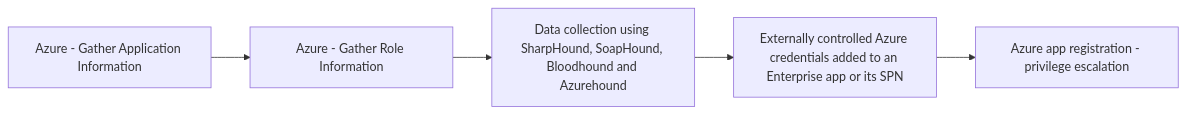
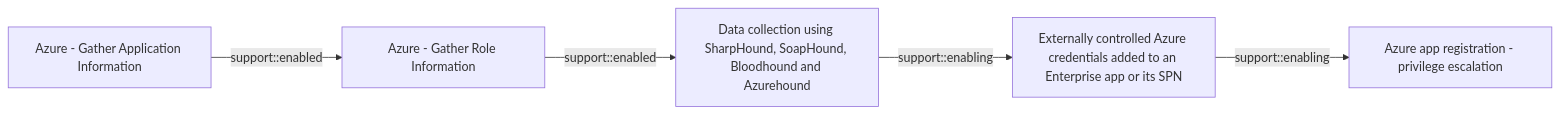
Before and after one commit to opentidehq/library: the diagram in docs/threats/azure-gather-application-information.md, drawn with Mermaid. The commit also changed other lines of this file and 277 other files, not shown here.

````diff
--- a/docs/threats/azure-gather-application-information.md
+++ b/docs/threats/azure-gather-application-information.md
@@ -81,12 +122,12 @@
 ```mermaid
 flowchart LR
 fe6827f2_efb4_43b3_9ca3_b7d417111b32["Azure - Gather Application Information"]
 140907eb_c9fb_4330_9d71_656422388b2b["Azure - Gather Role Information"]
 53063205_4404_4e6d_a2f5_d566c6085d96["Data collection using SharpHound, SoapHound, Bloodhound and Azurehound"]
 ca2751c7_8641_4fb0_a90b_30c5987015dc["Externally controlled Azure credentials added to an Enterprise app or its SPN"]
 c7e260d8_d391_41eb_be1a_7f276c99b383["Azure app registration - privilege escalation"]
-fe6827f2_efb4_43b3_9ca3_b7d417111b32 --> 140907eb_c9fb_4330_9d71_656422388b2b
-140907eb_c9fb_4330_9d71_656422388b2b --> 53063205_4404_4e6d_a2f5_d566c6085d96
-53063205_4404_4e6d_a2f5_d566c6085d96 --> ca2751c7_8641_4fb0_a90b_30c5987015dc
-ca2751c7_8641_4fb0_a90b_30c5987015dc --> c7e260d8_d391_41eb_be1a_7f276c99b383
+fe6827f2_efb4_43b3_9ca3_b7d417111b32 -->|support::enabled| 140907eb_c9fb_4330_9d71_656422388b2b
+140907eb_c9fb_4330_9d71_656422388b2b -->|support::enabled| 53063205_4404_4e6d_a2f5_d566c6085d96
+53063205_4404_4e6d_a2f5_d566c6085d96 -->|support::enabling| ca2751c7_8641_4fb0_a90b_30c5987015dc
+ca2751c7_8641_4fb0_a90b_30c5987015dc -->|support::enabling| c7e260d8_d391_41eb_be1a_7f276c99b383
 ```
````
